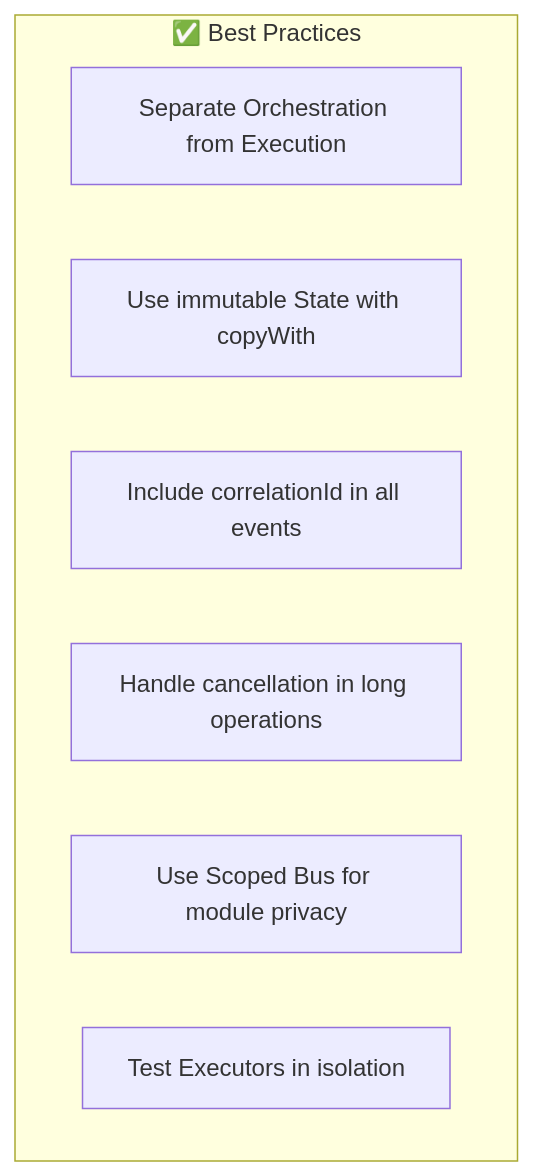
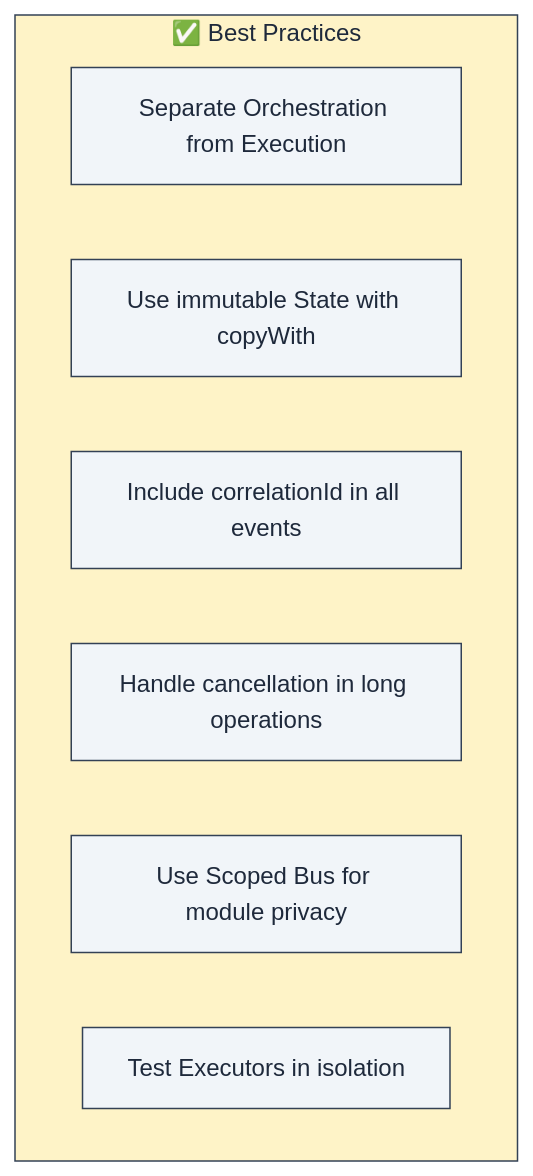
The first of 14 diagrams in book/chapters/07_best_practices.md (lploc94/flutter_orchestrator), drawn with Mermaid before and after one commit. The commit also changed other lines of this file and 4 other files, not shown here.

````diff
--- a/book/chapters/07_best_practices.md
+++ b/book/chapters/07_best_practices.md
@@ -15,11 +15,19 @@
 ```mermaid
 graph TB
     subgraph Do["✅ Best Practices"]
         D1["Separate Orchestration from Execution"]
         D2["Use immutable State with copyWith"]
         D3["Include correlationId in all events"]
         D4["Handle cancellation in long operations"]
         D5["Use Scoped Bus for module privacy"]
         D6["Test Executors in isolation"]
     end
+    
+    style Do fill:#fef3c7,stroke:#334155,color:#1e293b
+    style D1 fill:#f1f5f9,stroke:#334155,color:#1e293b
+    style D2 fill:#f1f5f9,stroke:#334155,color:#1e293b
+    style D3 fill:#f1f5f9,stroke:#334155,color:#1e293b
+    style D4 fill:#f1f5f9,stroke:#334155,color:#1e293b
+    style D5 fill:#f1f5f9,stroke:#334155,color:#1e293b
+    style D6 fill:#f1f5f9,stroke:#334155,color:#1e293b
 ```
````
